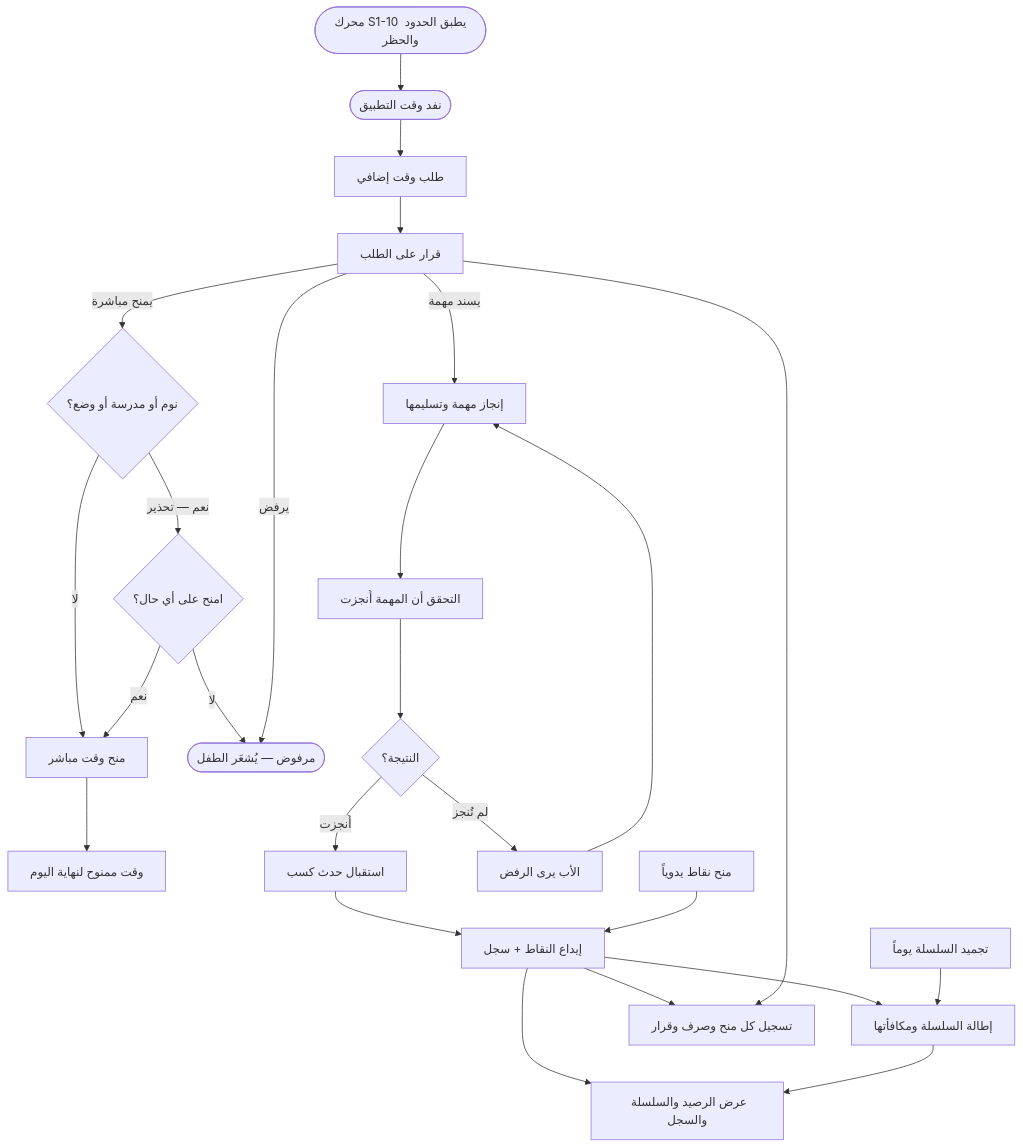
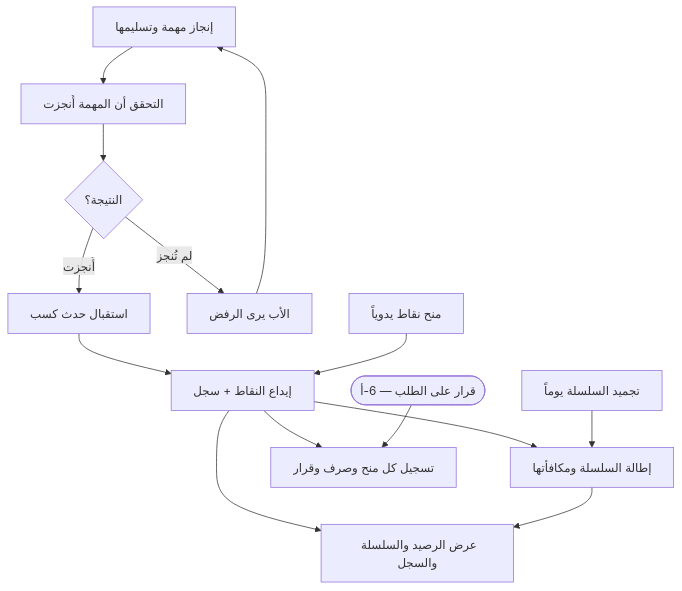
Before and after one commit to Bassam-mohammed-alqaeadi/family-os-v2: diagram 25 of 26 in docs/family-os/governance/phases/phase-1/S1-05-rewards-children/DIAGRAMS.md, drawn with Mermaid. The commit also changed other lines of this file, not shown here.

````diff
--- a/docs/family-os/governance/phases/phase-1/S1-05-rewards-children/DIAGRAMS.md
+++ b/docs/family-os/governance/phases/phase-1/S1-05-rewards-children/DIAGRAMS.md
@@ -710,27 +873,29 @@
 ```mermaid
 flowchart TD
-    E1([محرك S1-10 يطبق الحدود والحظر]) --> C1([نفد وقت التطبيق])
-    C1 --> C2[طلب وقت إضافي]
-    C2 --> F1[قرار على الطلب]
-    F1 -->|يسند مهمة| C3[إنجاز مهمة وتسليمها]
-    F1 -->|يمنح مباشرة| V5a{نوم أو مدرسة أو وضع؟}
-    V5a -->|لا| F3[منح وقت مباشر]
-    V5a -->|نعم — تحذير| F3b{امنح على أي حال؟}
-    F3b -->|نعم| F3
-    F3b -->|لا| C7([مرفوض — يُشعَر الطفل])
-    F1 -->|يرفض| C7
-    F3 --> V5[وقت ممنوح لنهاية اليوم]
-    C3 --> A1[التحقق أن المهمة أُنجزت]
-    A1 --> A2{النتيجة؟}
-    A2 -->|أُنجزت| V1[استقبال حدث كسب]
-    A2 -->|لم تُنجز| F6[الأب يرى الرفض]
+    C3[إنجاز مهمة وتسليمها]
+    A1[التحقق أن المهمة أُنجزت]
+    A2{النتيجة؟}
+    V1[استقبال حدث كسب]
+    F6[الأب يرى الرفض]
+    V2[إيداع النقاط + سجل]
+    V3[إطالة السلسلة ومكافأتها]
+    C4[عرض الرصيد والسلسلة والسجل]
+    F2[منح نقاط يدوياً]
+    F4[تجميد السلسلة يوماً]
+    V6[تسجيل كل منح وصرف وقرار]
+    F1x(["قرار على الطلب — 6-أ"])
+
+    C3 --> A1
+    A1 --> A2
+    A2 -->|أُنجزت| V1
+    A2 -->|لم تُنجز| F6
     F6 --> C3
-    V1 --> V2[إيداع النقاط + سجل]
-    V2 --> V3[إطالة السلسلة ومكافأتها]
-    V2 --> C4[عرض الرصيد والسلسلة والسجل]
+    V1 --> V2
+    V2 --> V3
+    V2 --> C4
     V3 --> C4
-    F2[منح نقاط يدوياً] --> V2
-    F4[تجميد السلسلة يوماً] --> V3
-    V2 --> V6[تسجيل كل منح وصرف وقرار]
-    F1 --> V6
+    F2 --> V2
+    F4 --> V3
+    V2 --> V6
+    F1x --> V6
 ```
````
